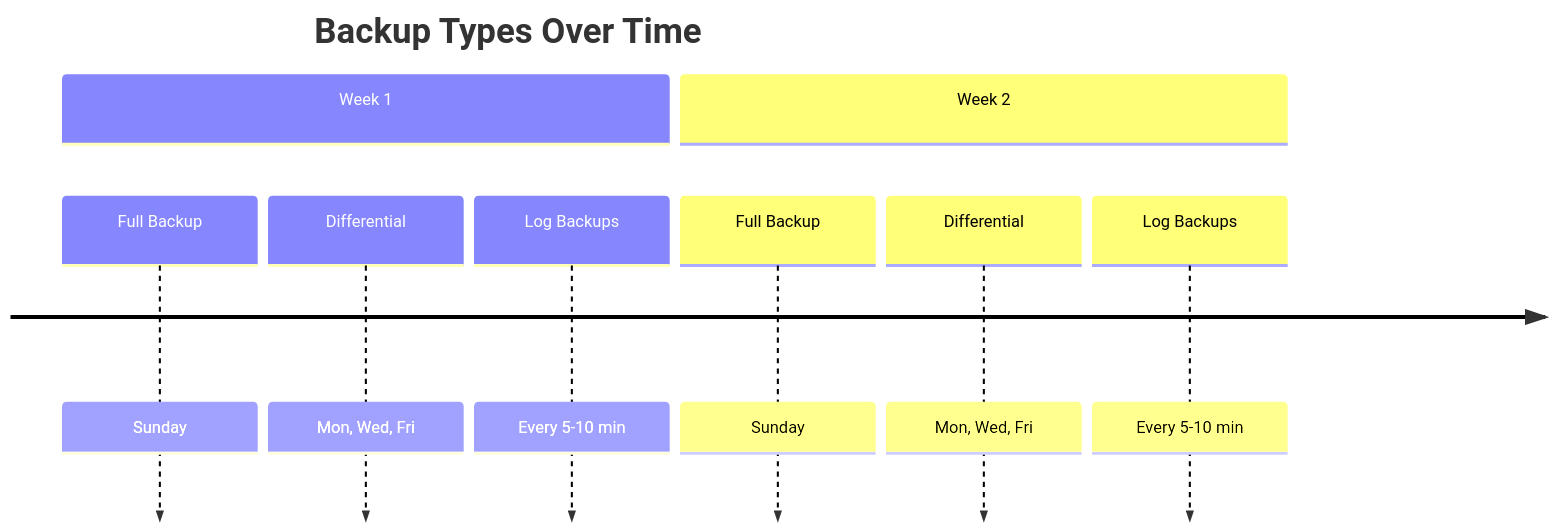
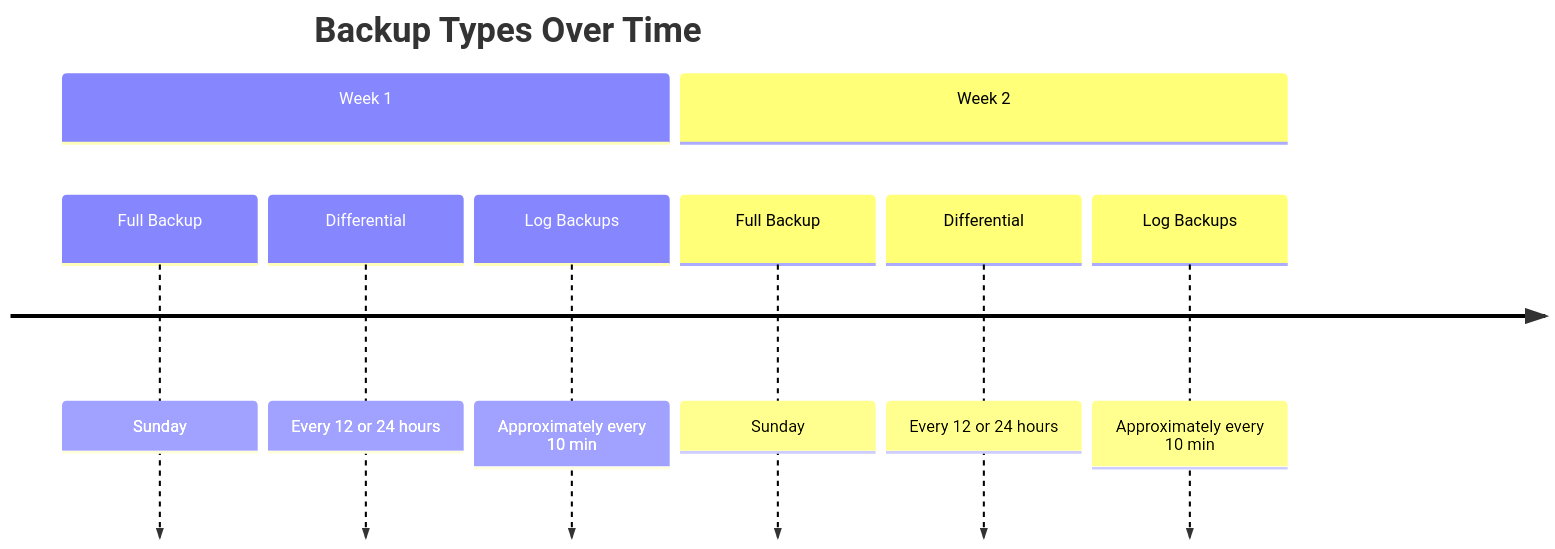
One commit to OneUptime/blog changed the diagram in posts/2026-02-16-how-to-restore-an-azure-sql-database-from-a-point-in-time-backup/README.md. Above: the diagram before and after it, drawn with Mermaid. The commit also changed other lines of this file and 2 other files, not shown here.

````diff
--- a/posts/2026-02-16-how-to-restore-an-azure-sql-database-from-a-point-in-time-backup/README.md
+++ b/posts/2026-02-16-how-to-restore-an-azure-sql-database-from-a-point-in-time-backup/README.md
@@ -27,12 +29,12 @@
 ```mermaid
 timeline
     title Backup Types Over Time
     section Week 1
         Full Backup : Sunday
-        Differential : Mon, Wed, Fri
-        Log Backups : Every 5-10 min
+        Differential : Every 12 or 24 hours
+        Log Backups : Approximately every 10 min
     section Week 2
         Full Backup : Sunday
-        Differential : Mon, Wed, Fri
-        Log Backups : Every 5-10 min
+        Differential : Every 12 or 24 hours
+        Log Backups : Approximately every 10 min
 ```
````
